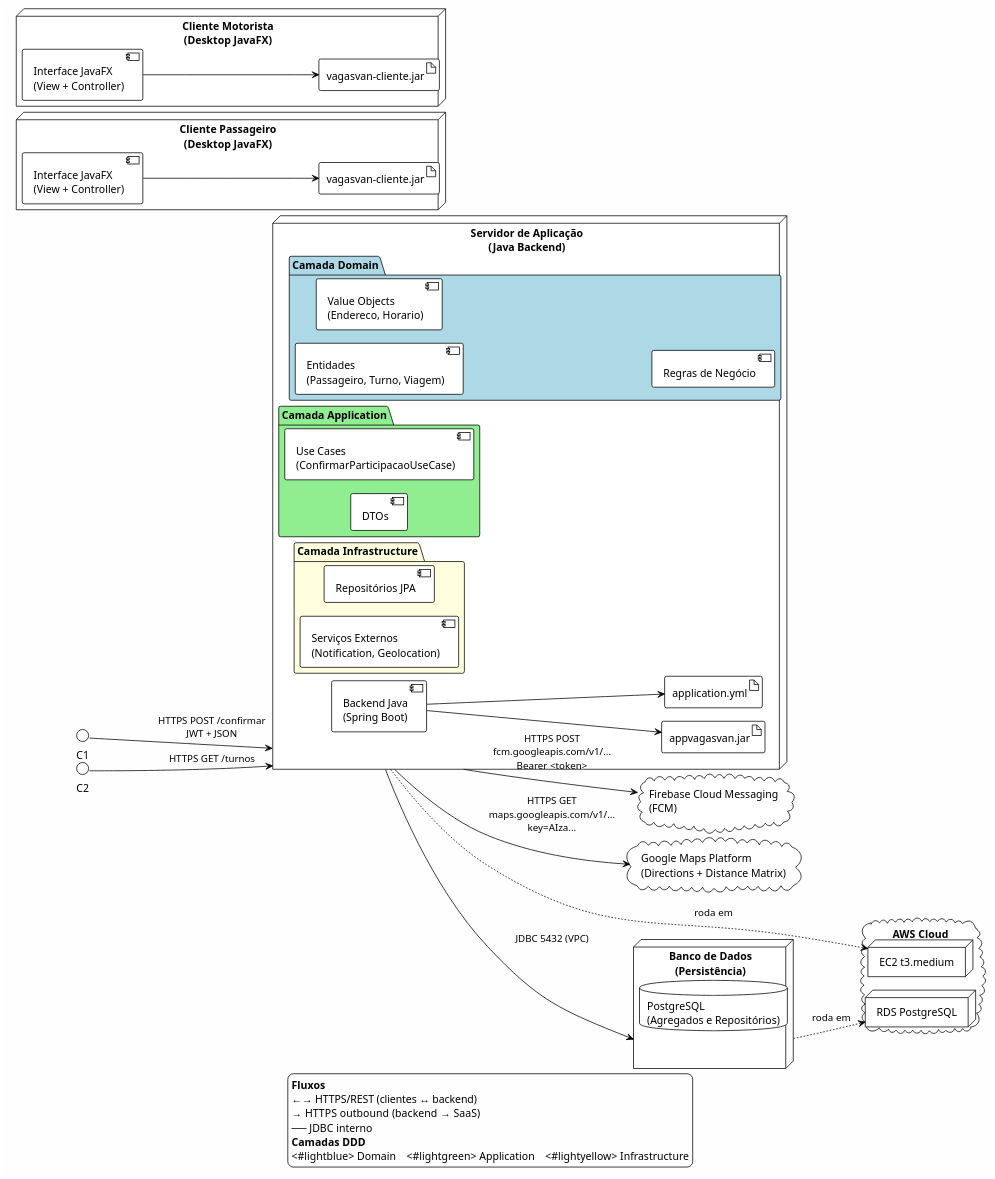
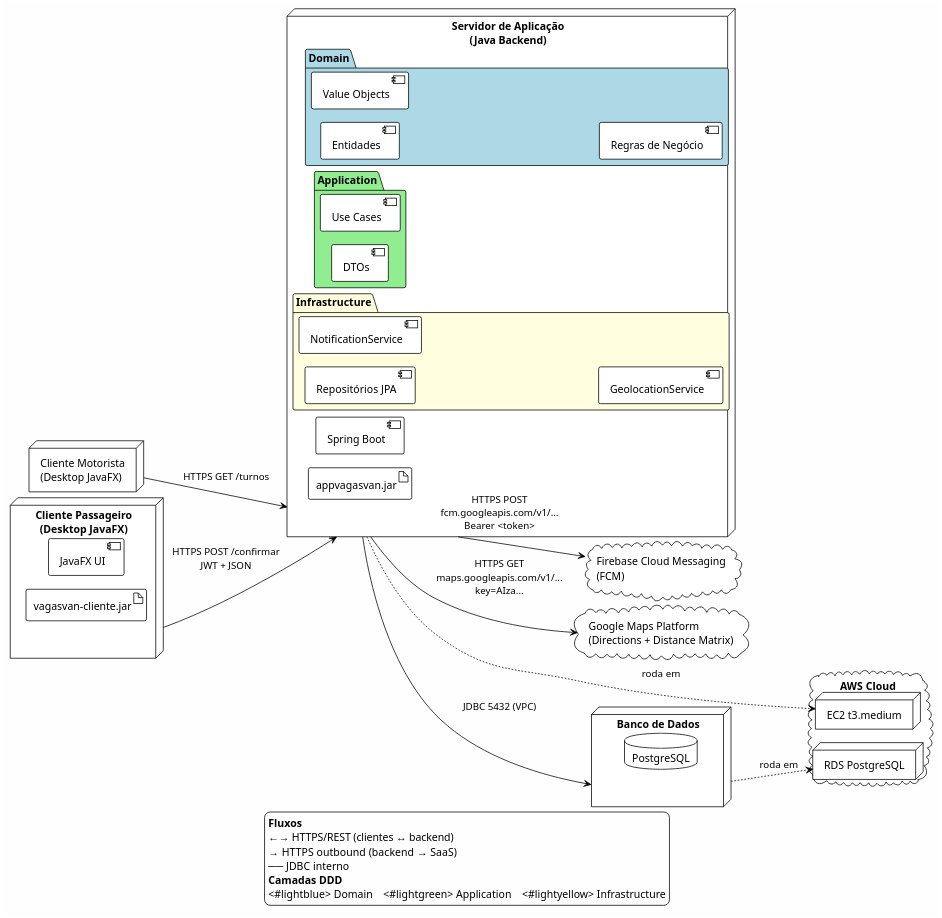
One commit to ps-es-2025-2/grupo1 changed the diagram in doc/DiagramFisico.plantuml. Above: the diagram before and after it, drawn with PlantUML.

Commit message:
Simplificando os identifiadores dentro do uml

```diff
--- a/doc/DiagramFisico.plantuml
+++ b/doc/DiagramFisico.plantuml
@@ -1,77 +1,72 @@
 @startuml
 !theme plain
 !pragma layout smetana
 left to right direction
 
 skinparam nodesep 70
 skinparam ranksep 90
 skinparam shadowing false
 skinparam backgroundColor #FEFEFE
 skinparam dpi 300
 
-node "Cliente Passageiro\n(Desktop JavaFX)" as ClientePassageiro {
-    [Interface JavaFX\n(View + Controller)] as ViewPassageiro
-    artifact "vagasvan-cliente.jar" as JarPassageiro
-    ViewPassageiro --> JarPassageiro
+node "Cliente Passageiro\n(Desktop JavaFX)" as C1 {
+    [JavaFX UI]
+    artifact "vagasvan-cliente.jar"
 }
-
-node "Cliente Motorista\n(Desktop JavaFX)" as ClienteMotorista {
-    [Interface JavaFX\n(View + Controller)] as ViewMotorista
-    artifact "vagasvan-cliente.jar" as JarMotorista
-    ViewMotorista --> JarMotorista
+node "Cliente Motorista\n(Desktop JavaFX)" as C2 {
+    [JavaFX UI]
+    artifact "vagasvan-cliente.jar"
 }
 
 node "Servidor de Aplicação\n(Java Backend)" as AppServer {
-    [Backend Java\n(Spring Boot)] as Backend
-    package "Camada Domain" #lightblue {
-        [Entidades\n(Passageiro, Turno, Viagem)]
-        [Value Objects\n(Endereco, Horario)]
+    [Spring Boot]
+    folder "Domain" #lightblue {
+        [Entidades]
+        [Value Objects]
         [Regras de Negócio]
     }
-    package "Camada Application" #lightgreen {
-        [Use Cases\n(ConfirmarParticipacaoUseCase)]
+    folder "Application" #lightgreen {
+        [Use Cases]
         [DTOs]
     }
-    package "Camada Infrastructure" #lightyellow {
+    folder "Infrastructure" #lightyellow {
         [Repositórios JPA]
-        [Serviços Externos\n(Notification, Geolocation)]
+        [NotificationService]
+        [GeolocationService]
     }
-    artifact "appvagasvan.jar" as JarServer
-    artifact "application.yml" as ConfigServer
-    Backend --> JarServer
-    Backend --> ConfigServer
+    artifact "appvagasvan.jar"
 }
 
-node "Banco de Dados\n(Persistência)" as DB {
-    database "PostgreSQL\n(Agregados e Repositórios)" as Postgres
+node "Banco de Dados" as DB {
+    database "PostgreSQL"
 }
 
 cloud "Firebase Cloud Messaging\n(FCM)" as FCM {
 }
 cloud "Google Maps Platform\n(Directions + Distance Matrix)" as GMaps {
 }
 
 C1 --> AppServer : HTTPS POST /confirmar\nJWT + JSON
 C2 --> AppServer : HTTPS GET /turnos
 AppServer --> DB : JDBC 5432 (VPC)
 
 AppServer --> FCM : HTTPS POST\nfcm.googleapis.com/v1/...\nBearer <token>
 AppServer --> GMaps : HTTPS GET\nmaps.googleapis.com/v1/...\nkey=AIza...
 
 cloud "AWS Cloud" {
     node "EC2 t3.medium" as EC2
     node "RDS PostgreSQL" as RDS
 }
 AppServer ..> EC2 : roda em
 DB ..> RDS : roda em
 
 legend bottom
   **Fluxos**
   ←→  HTTPS/REST (clientes ↔ backend)  
   →   HTTPS outbound (backend → SaaS)  
   ──  JDBC interno  
   **Camadas DDD**  
   <#lightblue> Domain <#lightgreen> Application <#lightyellow> Infrastructure
 end legend
 
 @enduml
```
